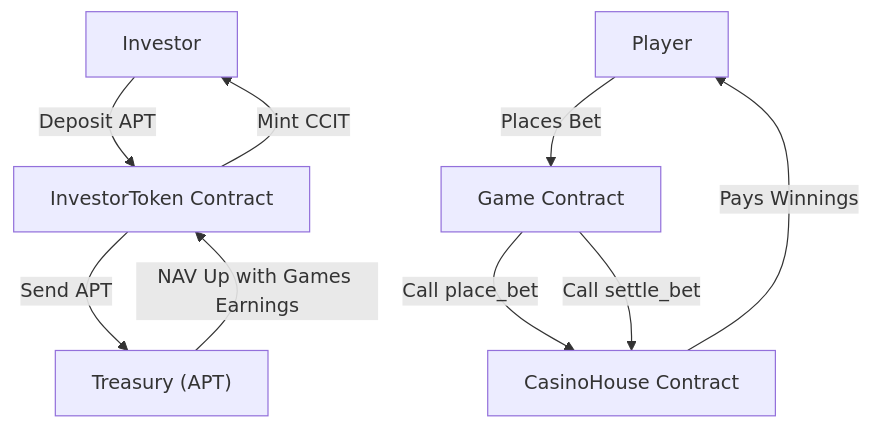
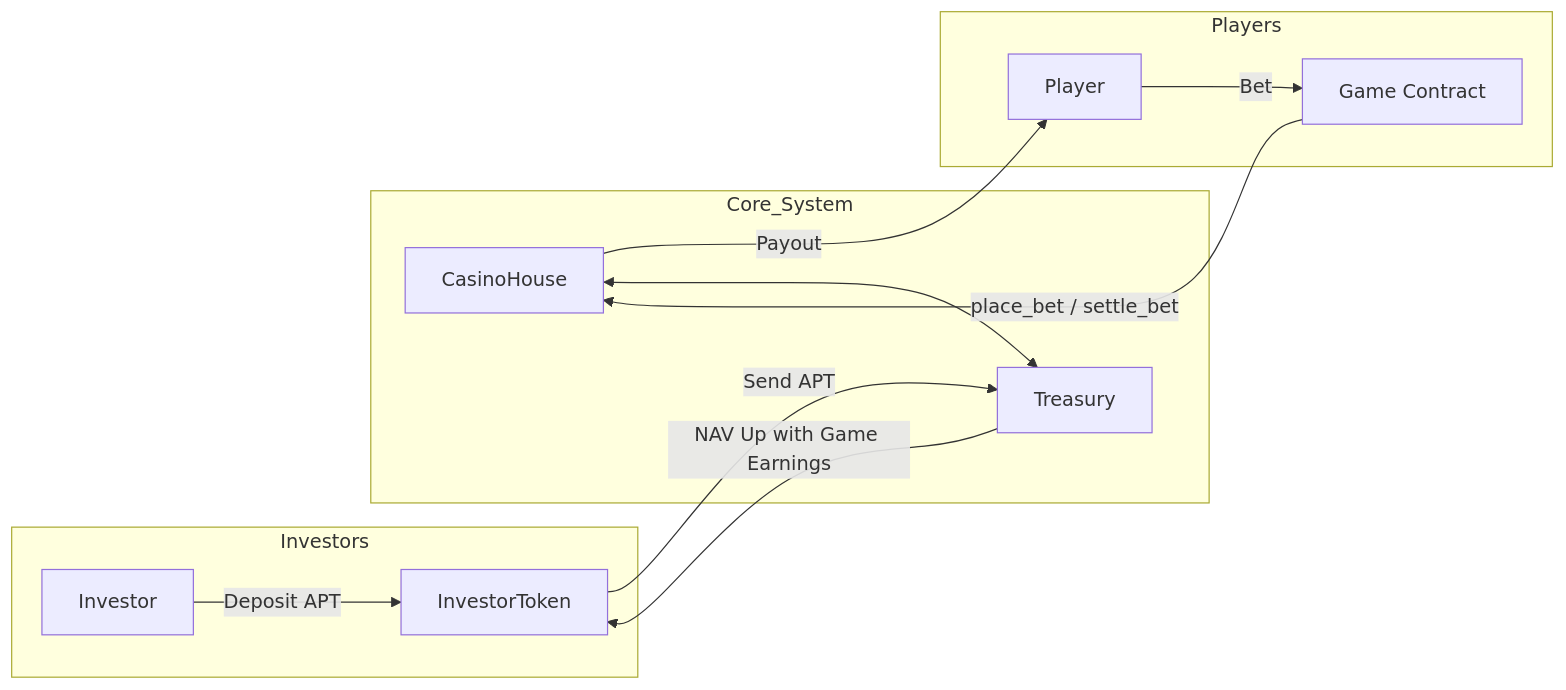
Before and after one commit to PersonaNormale/ChainCasino: the diagram in README.md, drawn with Mermaid.

````diff
--- a/README.md
+++ b/README.md
@@ -20,13 +20,28 @@
 ```mermaid
-flowchart TD
-  investor[Investor] -->|Deposit APT| token["InvestorToken Contract"]
-  token -->|Mint CCIT| investor
-  token -->|Send APT| treasury["Treasury (APT)"]
-  
-  player[Player] -->|Places Bet| game["Game Contract"]
-  game -->|Call place_bet| casinohouse["CasinoHouse Contract"]
-  game -->|Call settle_bet| casinohouse
-  casinohouse -->|Pays Winnings| player
+flowchart LR
 
-  treasury -->|NAV Up with Games Earnings| token
+  subgraph Investors
+    investor[Investor]
+    token["InvestorToken"]
+  end
+
+  subgraph Core_System
+    treasury["Treasury"]
+    casino["CasinoHouse"]
+  end
+
+  subgraph Players
+    player[Player]
+    game["Game Contract"]
+  end
+
+  investor -->|Deposit APT| token
+  token -->|Send APT| treasury
+  treasury -->|NAV Up with Game Earnings| token
+
+  player -->|Bet| game
+  game -->|place_bet / settle_bet| casino
+  casino -->|Payout| player
+
+  casino <--> treasury
 ```
````
